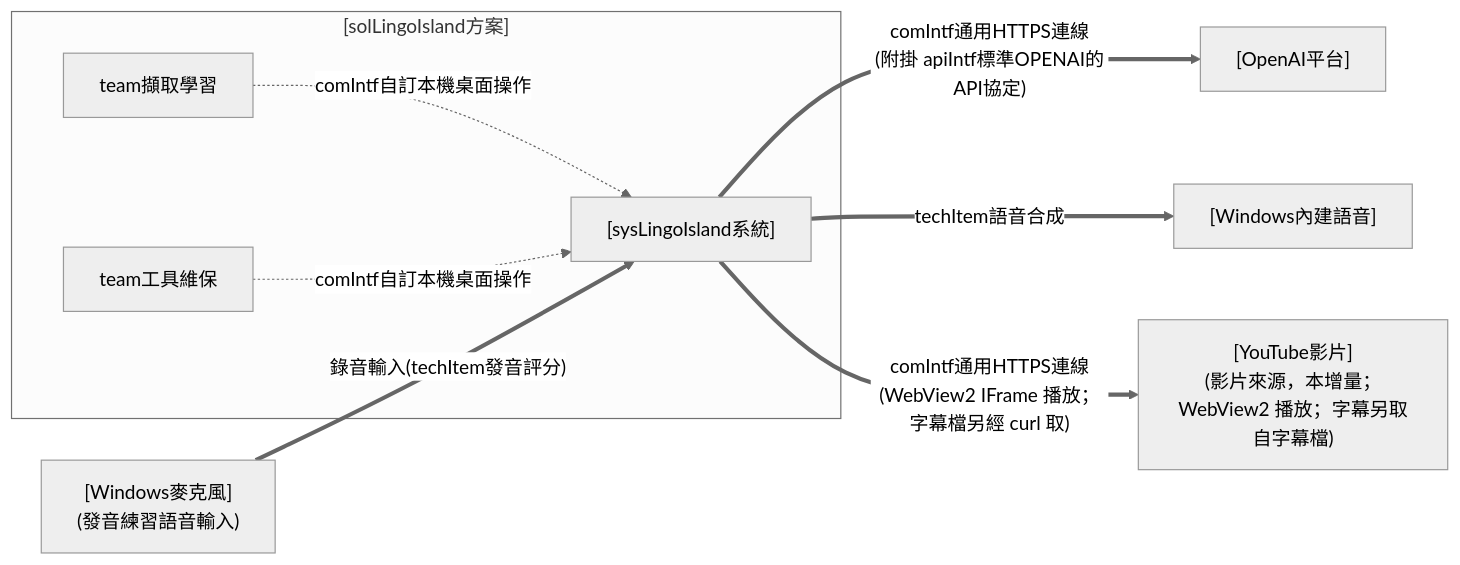
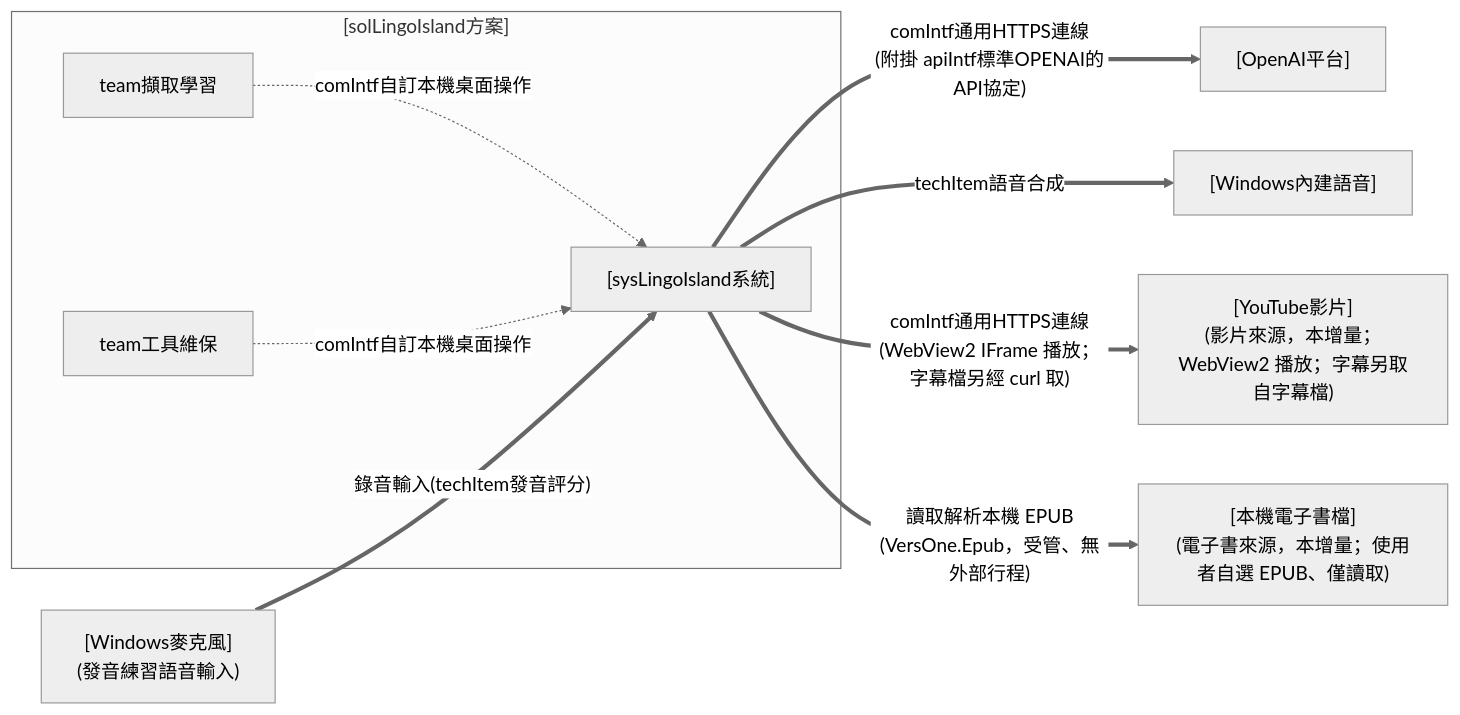
One commit to twStellerWhale-Ocean2/solScreenEnglishTrans1 changed the third of 6 diagrams in docs/design.md. Above: the diagram before and after it, drawn with Mermaid (neutral theme). The commit also changed other lines of this file and 2 other files, not shown here.

First line of the commit message:
docs(ebook): 電子書增量1 設計——design.md 研改＋README 意圖稿＋書櫃示意圖

````diff
--- a/docs/design.md
+++ b/docs/design.md
@@ -225,20 +241,22 @@
 ```mermaid
 flowchart LR
 
 subgraph SOL["[solLingoIsland方案]"]
   T1["team擷取學習"]
   T2["team工具維保"]
   SYS["[sysLingoIsland系統]"]
   T1 -.->|"comIntf自訂本機桌面操作"| SYS
   T2 -.->|"comIntf自訂本機桌面操作"| SYS
 end
 
 OPENAI["[OpenAI平台]"]
 SPEECH["[Windows內建語音]"]
 MIC["[Windows麥克風]<br/>(發音練習語音輸入)"]
 SYS ==>|"comIntf通用HTTPS連線<br/>(附掛 apiIntf標準OPENAI的API協定)"| OPENAI
 SYS ==>|"techItem語音合成"| SPEECH
 MIC ==>|"錄音輸入(techItem發音評分)"| SYS
 YT["[YouTube影片]<br/>(影片來源，本增量；WebView2 播放；字幕另取自字幕檔)"]
 SYS ==>|"comIntf通用HTTPS連線<br/>(WebView2 IFrame 播放；字幕檔另經 curl 取)"| YT
+EBOOK["[本機電子書檔]<br/>(電子書來源，本增量；使用者自選 EPUB、僅讀取)"]
+SYS ==>|"讀取解析本機 EPUB<br/>(VersOne.Epub，受管、無外部行程)"| EBOOK
 ```
````
